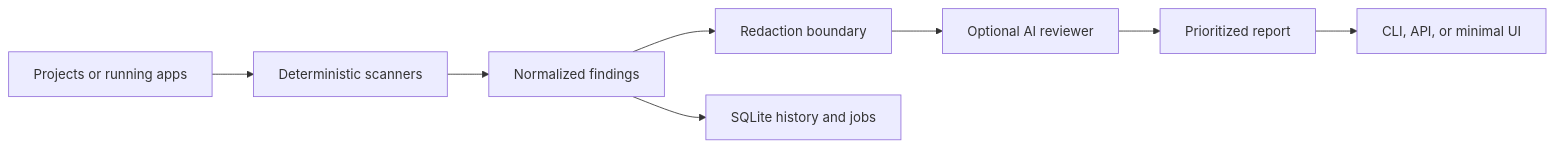
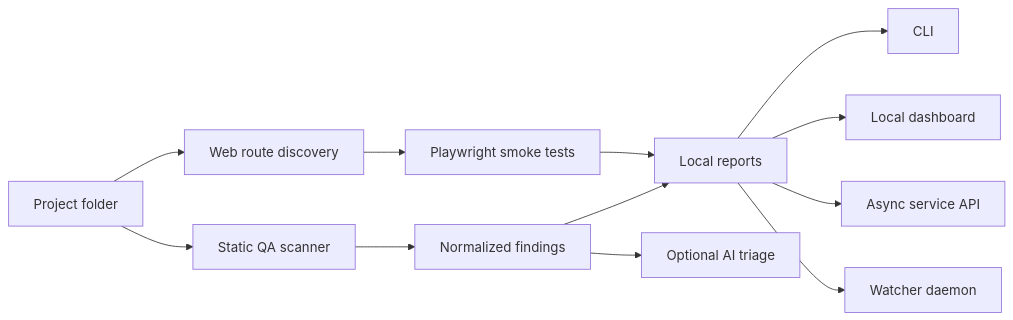
One commit to Ujjwaldhariwal/sentinel-qa-agent changed the diagram in README.md. Above: the diagram before and after it, drawn with Mermaid. The commit also changed other lines of this file and 1 other file, not shown here.

````diff
--- a/README.md
+++ b/README.md
@@ -34,10 +45,14 @@
 ```mermaid
 flowchart LR
-    A["Projects or running apps"] --> B["Deterministic scanners"]
+    A["Project folder"] --> B["Static QA scanner"]
     B --> C["Normalized findings"]
-    C --> D["Redaction boundary"]
-    D --> E["Optional AI reviewer"]
-    E --> F["Prioritized report"]
-    C --> G["SQLite history and jobs"]
-    F --> H["CLI, API, or minimal UI"]
+    C --> D["Local reports"]
+    C --> E["Optional AI triage"]
+    A --> F["Web route discovery"]
+    F --> G["Playwright smoke tests"]
+    G --> D
+    D --> H["CLI"]
+    D --> I["Local dashboard"]
+    D --> J["Async service API"]
+    D --> K["Watcher daemon"]
 ```
````
